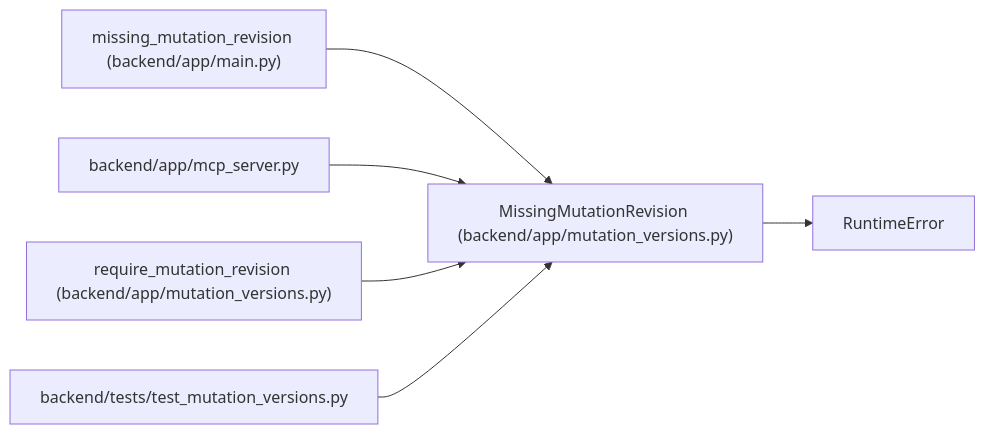
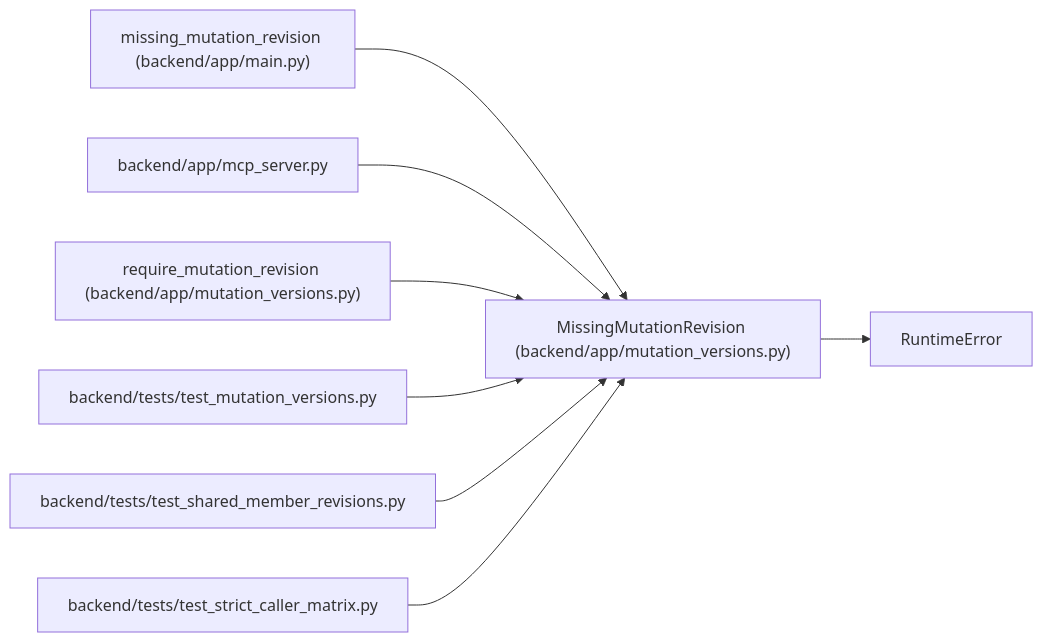
One commit to Denissvgn/WorkChord changed the diagram in docs/llm_wiki/entities/MissingMutationRevision.md. Above: the diagram before and after it, drawn with Mermaid. The commit also changed other lines of this file and 10148 other files, not shown here.

````diff
--- a/docs/llm_wiki/entities/MissingMutationRevision.md
+++ b/docs/llm_wiki/entities/MissingMutationRevision.md
@@ -26,19 +26,25 @@
 ```mermaid
 flowchart LR
     n0["MissingMutationRevision (backend/app/mutation_versions.py)"]
     n1["RuntimeError"]
     n2["missing_mutation_revision (backend/app/main.py)"]
     n3["backend/app/mcp_server.py"]
     n4["require_mutation_revision (backend/app/mutation_versions.py)"]
     n5["backend/tests/test_mutation_versions.py"]
+    n6["backend/tests/test_shared_member_revisions.py"]
+    n7["backend/tests/test_strict_caller_matrix.py"]
     n0 --> n1
     n2 --> n0
     n3 --> n0
     n4 --> n0
     n5 --> n0
+    n6 --> n0
+    n7 --> n0
     click n0 "../modules/mutation_versions.md"
     click n2 "../modules/app_main.md"
     click n3 "../modules/mcp_server.md"
     click n4 "../modules/mutation_versions.md"
     click n5 "../modules/test_mutation_versions.md"
+    click n6 "../modules/test_shared_member_revisions.md"
+    click n7 "../modules/test_strict_caller_matrix.md"
 ```
````
